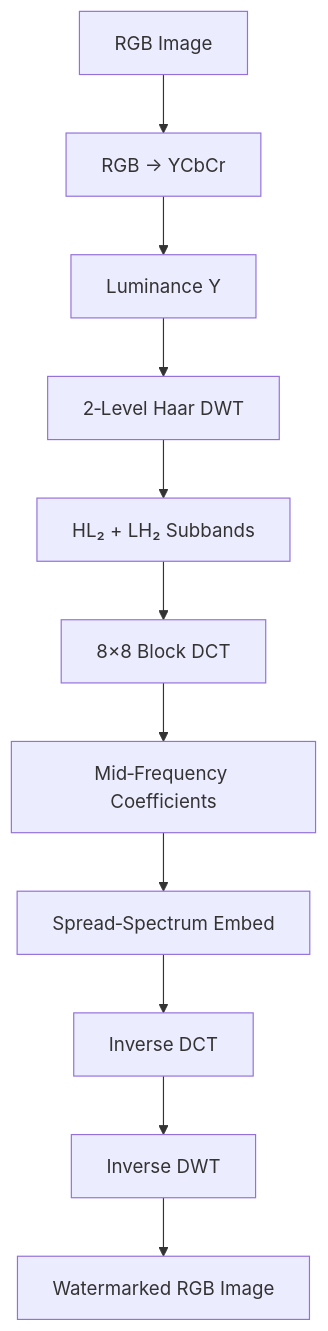
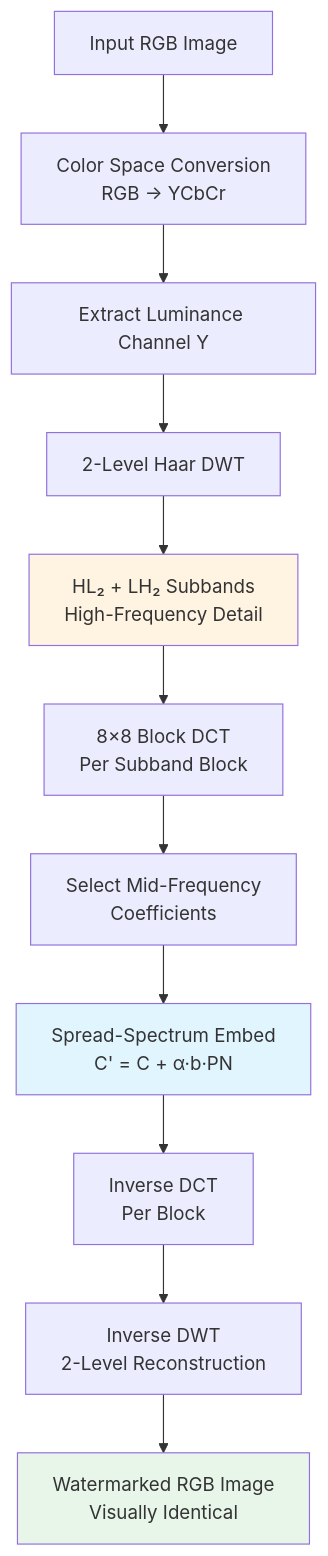
One commit to Stamp-ed/resilient-watermarking-pipeline changed the second of 4 diagrams in README.md. Above: the diagram before and after it, drawn with Mermaid. The commit also changed other lines of this file, not shown here.

````diff
--- a/README.md
+++ b/README.md
@@ -69,16 +114,20 @@
 ```mermaid
 flowchart TD
-    A[RGB Image]
-    B[RGB → YCbCr]
-    C[Luminance Y]
-    D[2‑Level Haar DWT]
-    E[HL₂ + LH₂ Subbands]
-    F[8×8 Block DCT]
-    G[Mid‑Frequency Coefficients]
-    H[Spread‑Spectrum Embed]
-    I[Inverse DCT]
-    J[Inverse DWT]
-    K[Watermarked RGB Image]
+    A[Input RGB Image]
+    B[Color Space Conversion<br/>RGB → YCbCr]
+    C[Extract Luminance Channel Y]
+    D[2-Level Haar DWT]
+    E[HL₂ + LH₂ Subbands<br/>High-Frequency Detail]
+    F[8×8 Block DCT<br/>Per Subband Block]
+    G[Select Mid-Frequency<br/>Coefficients]
+    H[Spread-Spectrum Embed<br/>C' = C + α·b·PN]
+    I[Inverse DCT<br/>Per Block]
+    J[Inverse DWT<br/>2-Level Reconstruction]
+    K[Watermarked RGB Image<br/>Visually Identical]
 
     A --> B --> C --> D --> E --> F --> G --> H --> I --> J --> K
+    
+    style H fill:#e1f5ff
+    style E fill:#fff4e1
+    style K fill:#e8f5e9
 ```
````
